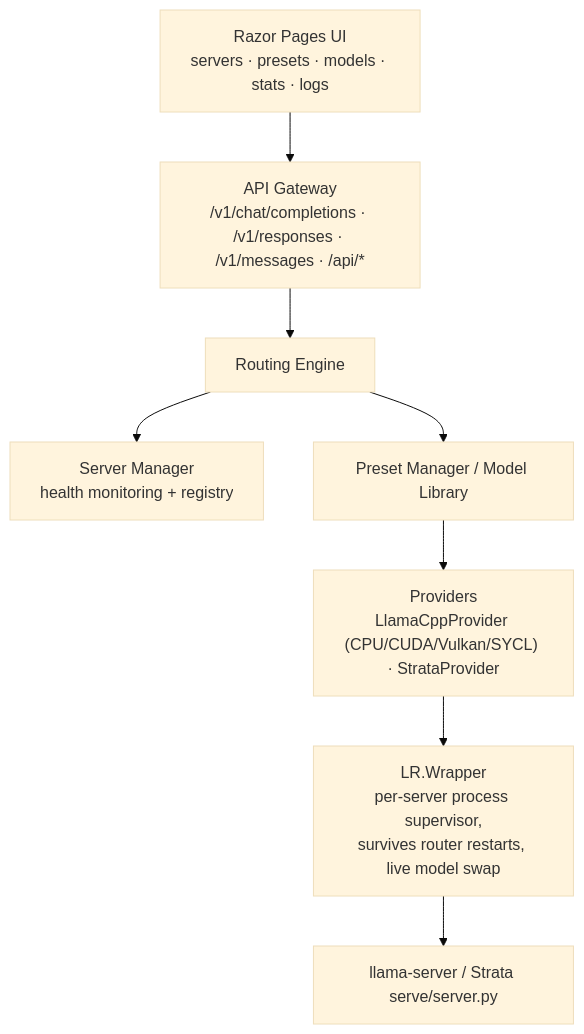
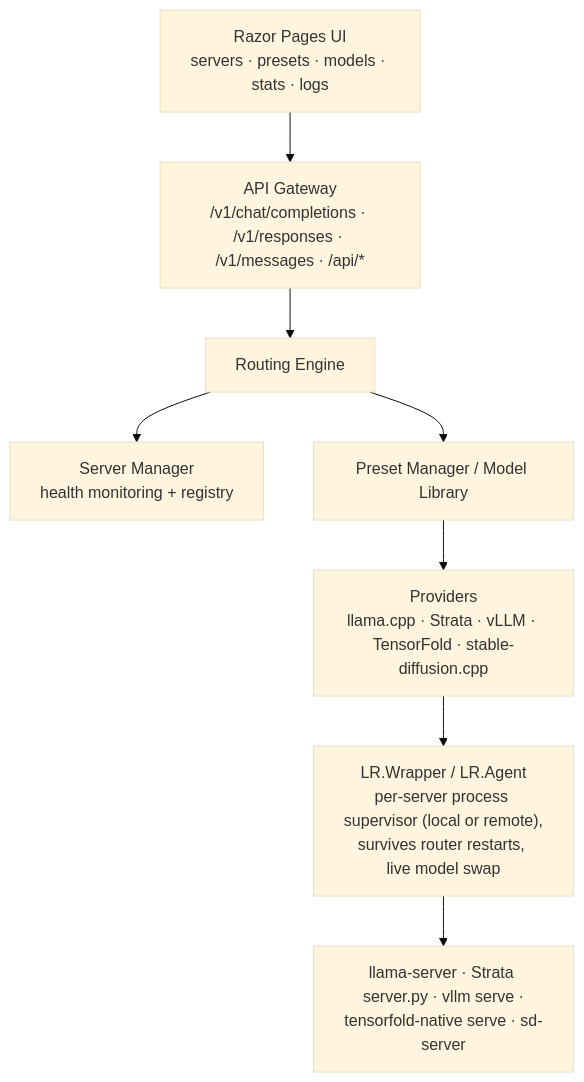
Before and after one commit to sockless-coding/llm-router: the diagram in README.md, drawn with Mermaid (base theme). The commit also changed other lines of this file and 13 other files, not shown here.

````diff
--- a/README.md
+++ b/README.md
@@ -43,19 +65,19 @@
 ```mermaid
 flowchart TB
     UI["Razor Pages UI<br/>servers · presets · models · stats · logs"]
     Gateway["API Gateway<br/>/v1/chat/completions · /v1/responses · /v1/messages · /api/*"]
     Routing["Routing Engine"]
     ServerMgr["Server Manager<br/>health monitoring + registry"]
     PresetMgr["Preset Manager / Model Library"]
-    Providers["Providers<br/>LlamaCppProvider (CPU/CUDA/Vulkan/SYCL) · StrataProvider"]
-    Wrapper["LR.Wrapper<br/>per-server process supervisor,<br/>survives router restarts, live model swap"]
-    Backend["llama-server / Strata serve/server.py"]
+    Providers["Providers<br/>llama.cpp · Strata · vLLM · TensorFold · stable-diffusion.cpp"]
+    Wrapper["LR.Wrapper / LR.Agent<br/>per-server process supervisor (local or remote),<br/>survives router restarts, live model swap"]
+    Backend["llama-server · Strata server.py · vllm serve ·<br/>tensorfold-native serve · sd-server"]
 
     UI --> Gateway
     Gateway --> Routing
     Routing --> ServerMgr
     Routing --> PresetMgr
     PresetMgr --> Providers
     Providers --> Wrapper
     Wrapper --> Backend
 ```
````
